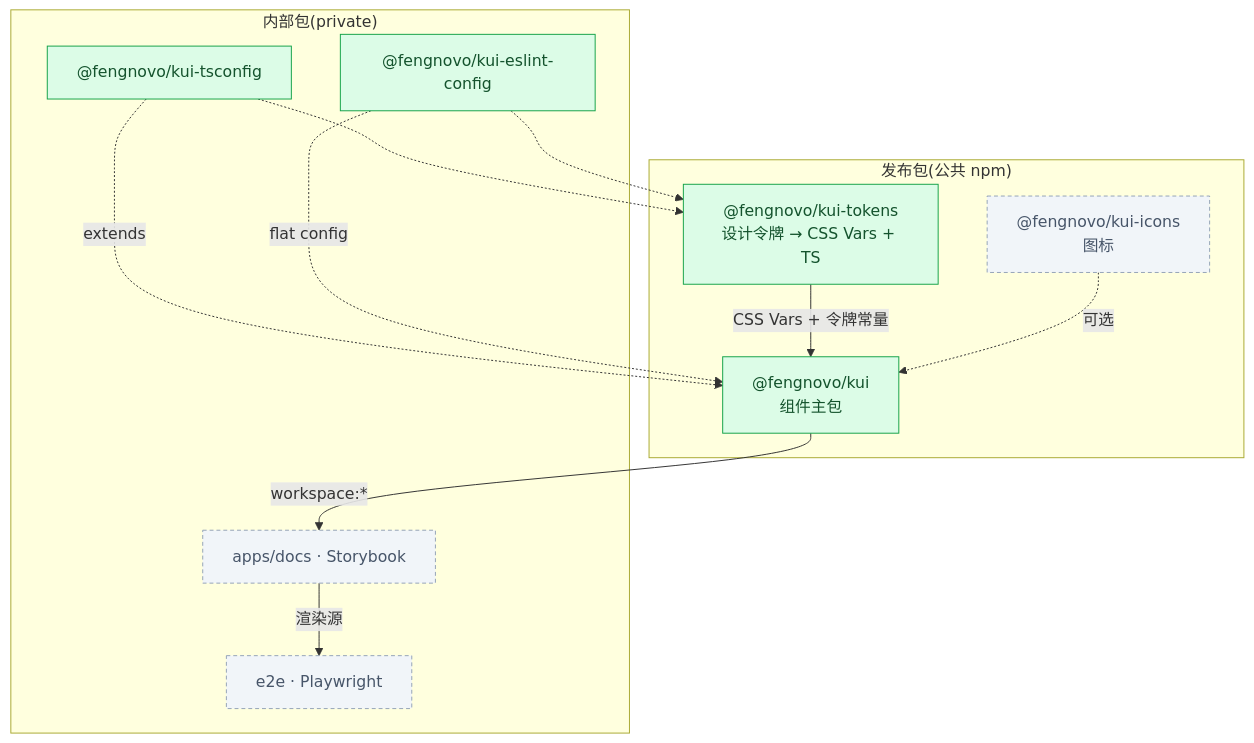
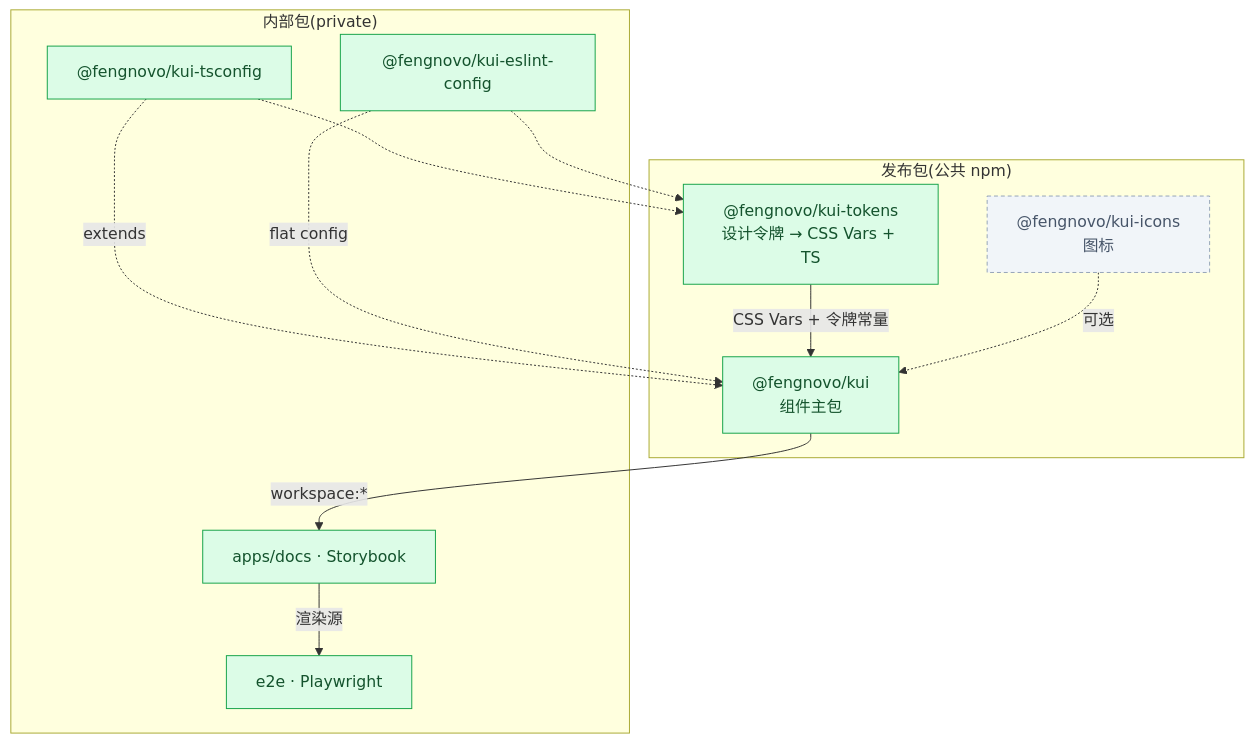
Before and after one commit to fengnovo/kui: the first of 5 diagrams in README.md, drawn with Mermaid. The commit also changed other lines of this file and 16 other files, not shown here.

````diff
--- a/README.md
+++ b/README.md
@@ -33,30 +33,30 @@
 ```mermaid
 graph TD
     subgraph publish["发布包(公共 npm)"]
         tokens["@fengnovo/kui-tokens<br/>设计令牌 → CSS Vars + TS"]
         kui["@fengnovo/kui<br/>组件主包"]
         icons["@fengnovo/kui-icons<br/>图标"]
     end
 
     subgraph internal["内部包(private)"]
         tsconfig["@fengnovo/kui-tsconfig"]
         eslintcfg["@fengnovo/kui-eslint-config"]
         docs["apps/docs · Storybook"]
         e2e["e2e · Playwright"]
     end
 
     tokens -->|"CSS Vars + 令牌常量"| kui
     icons -.->|"可选"| kui
     kui -->|"workspace:*"| docs
     docs -->|"渲染源"| e2e
 
     tsconfig -.->|"extends"| kui
     tsconfig -.-> tokens
     eslintcfg -.->|"flat config"| kui
     eslintcfg -.-> tokens
 
     classDef done fill:#dcfce7,stroke:#16a34a,color:#14532d;
     classDef planned fill:#f1f5f9,stroke:#94a3b8,color:#475569,stroke-dasharray:4 3;
-    class kui,tokens,tsconfig,eslintcfg done;
-    class icons,docs,e2e planned;
+    class kui,tokens,tsconfig,eslintcfg,docs,e2e done;
+    class icons planned;
 ```
````
